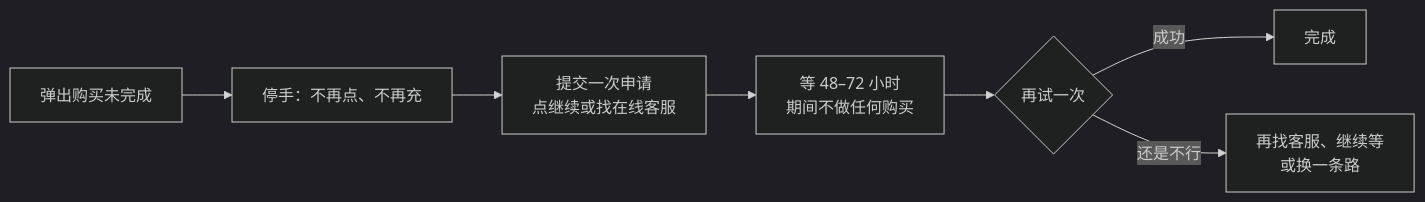
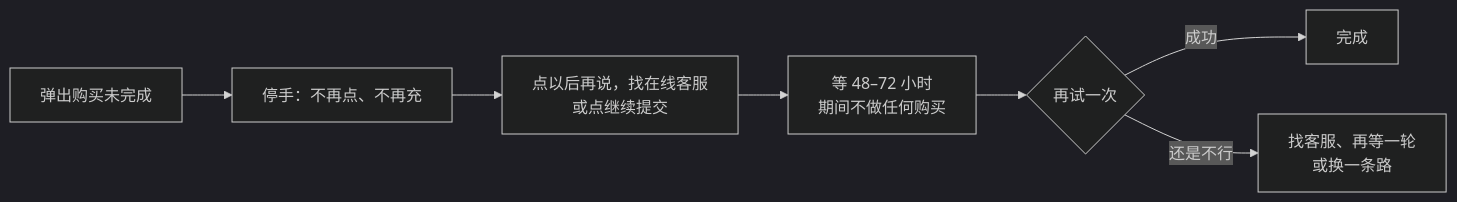
One commit to Avarce/apple-purchase-not-completed changed the diagram in README.md. Above: the diagram before and after it, drawn with Mermaid (dark theme). The commit also changed other lines of this file and 1 other file, not shown here.

Commit message:
2026-11-09: recommend Not Now + online support; request-submitted page (fig 3); approval email; 27 cases; account-disabled risk

```diff
--- a/README.md
+++ b/README.md
@@ -18,9 +18,9 @@
 ~~~mermaid
 flowchart LR
     A[弹出购买未完成] --> B[停手：不再点、不再充]
-    B --> C[提交一次申请<br/>点继续或找在线客服]
+    B --> C[点以后再说，找在线客服<br/>或点继续提交]
     C --> D[等 48–72 小时<br/>期间不做任何购买]
     D --> E{再试一次}
     E -->|成功| F[完成]
-    E -->|还是不行| G[再找客服、继续等<br/>或换一条路]
+    E -->|还是不行| G[找客服、再等一轮<br/>或换一条路]
 ~~~
```
